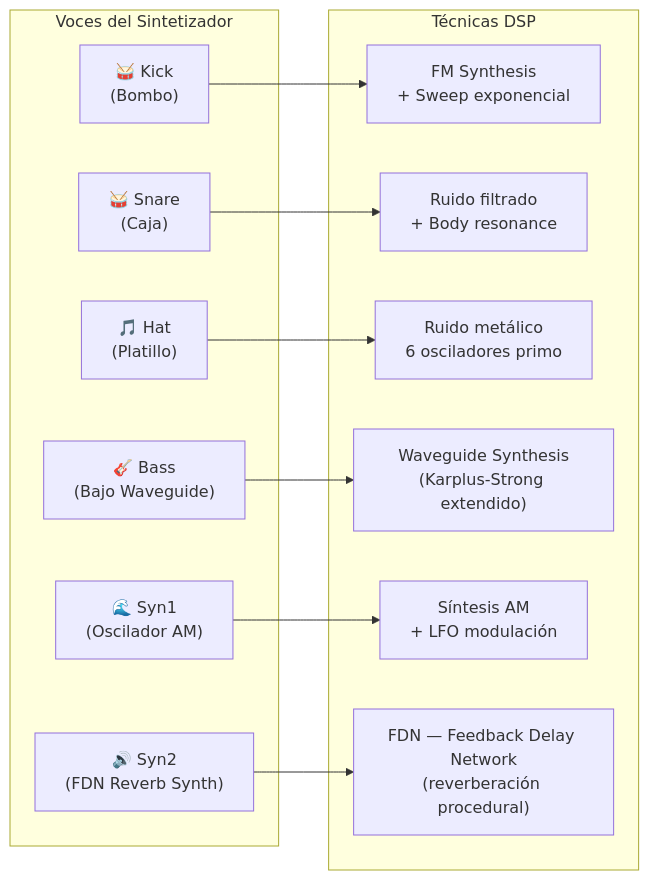
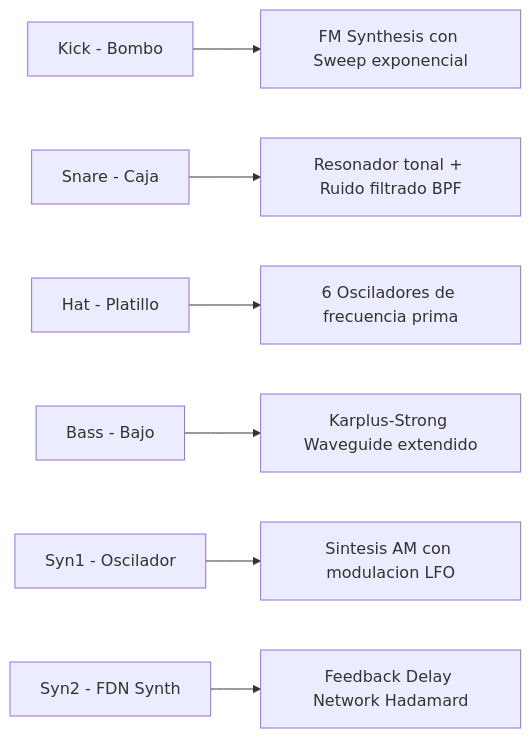
One commit to Zann181/sintetizador changed the fourth of 12 diagrams in README.md. Above: the diagram before and after it, drawn with Mermaid. The commit also changed other lines of this file, not shown here.

````diff
--- a/README.md
+++ b/README.md
@@ -289,27 +480,9 @@
 ```mermaid
 graph LR
-    subgraph VOCES["Voces del Sintetizador"]
-        KICK["🥁 Kick\n(Bombo)"]
-        SNARE["🥁 Snare\n(Caja)"]
-        HAT["🎵 Hat\n(Platillo)"]
-        BASS["🎸 Bass\n(Bajo Waveguide)"]
-        SYN1["🌊 Syn1\n(Oscilador AM)"]
-        SYN2["🔊 Syn2\n(FDN Reverb Synth)"]
-    end
-
-    subgraph TECNICAS["Técnicas DSP"]
-        FM["FM Synthesis\n+ Sweep exponencial"]
-        NOISE["Ruido filtrado\n+ Body resonance"]
-        NOISE2["Ruido metálico\n6 osciladores primo"]
-        WG["Waveguide Synthesis\n(Karplus-Strong extendido)"]
-        AM["Síntesis AM\n+ LFO modulación"]
-        FDN["FDN — Feedback Delay Network\n(reverberación procedural)"]
-    end
-
-    KICK --> FM
-    SNARE --> NOISE
-    HAT --> NOISE2
-    BASS --> WG
-    SYN1 --> AM
-    SYN2 --> FDN
+    KICK["Kick - Bombo"] --> FM_SWEEP["FM Synthesis con Sweep exponencial"]
+    SNARE["Snare - Caja"] --> BODY_NOISE["Resonador tonal + Ruido filtrado BPF"]
+    HAT["Hat - Platillo"] --> METAL_OSC["6 Osciladores de frecuencia prima"]
+    BASS["Bass - Bajo"] --> WAVEGUIDE["Karplus-Strong Waveguide extendido"]
+    SYN1["Syn1 - Oscilador"] --> AM_LFO["Sintesis AM con modulacion LFO"]
+    SYN2["Syn2 - FDN Synth"] --> FDN_NET["Feedback Delay Network Hadamard"]
 ```
````
